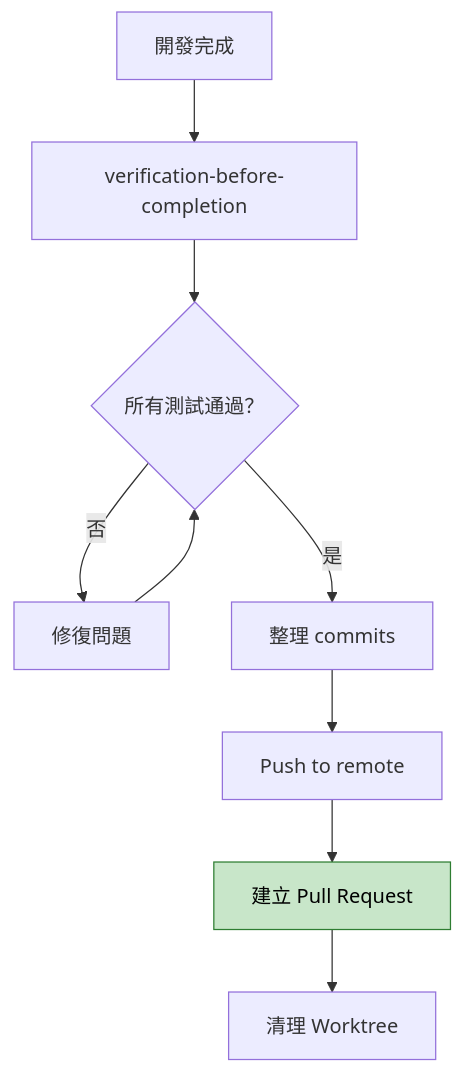
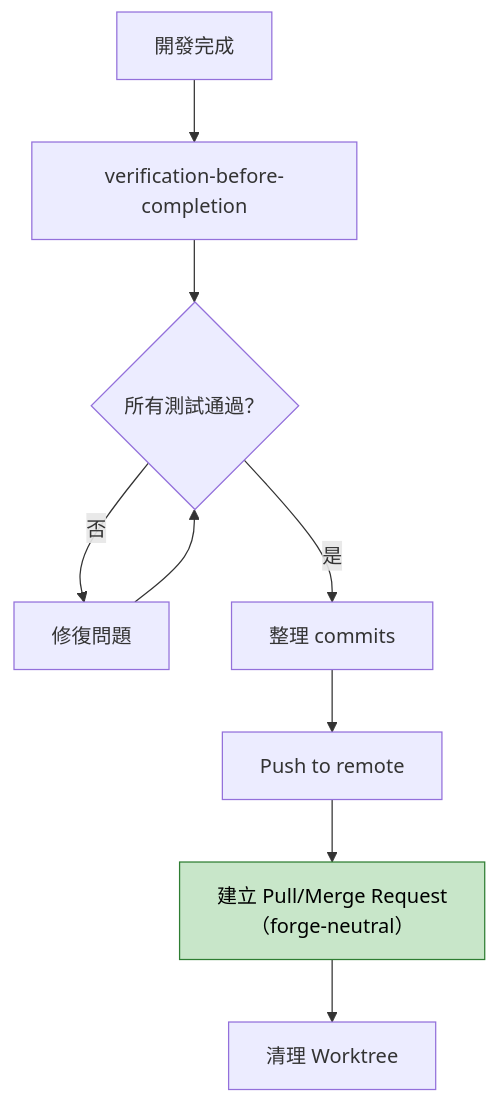
One commit to chihhung/Blog changed diagram 18 of 43 in content/posts/教學/AI開發/Superpowers教學手冊.md. Above: the diagram before and after it, drawn with Mermaid. The commit also changed other lines of this file and 22 other files, not shown here.

````diff
--- a/content/posts/教學/AI開發/Superpowers教學手冊.md
+++ b/content/posts/教學/AI開發/Superpowers教學手冊.md
@@ -1911,13 +2035,13 @@
 ```mermaid
 graph TD
     A[開發完成] --> B[verification-before-completion]
     B --> C{所有測試通過？}
     C -->|否| D[修復問題]
     D --> C
     C -->|是| E[整理 commits]
     E --> F[Push to remote]
-    F --> G[建立 Pull Request]
+    F --> G[建立 Pull/Merge Request<br/>（forge-neutral）]
     G --> H[清理 Worktree]
     
     style G fill:#c8e6c9,stroke:#2e7d32,color:#000
 ```
````
